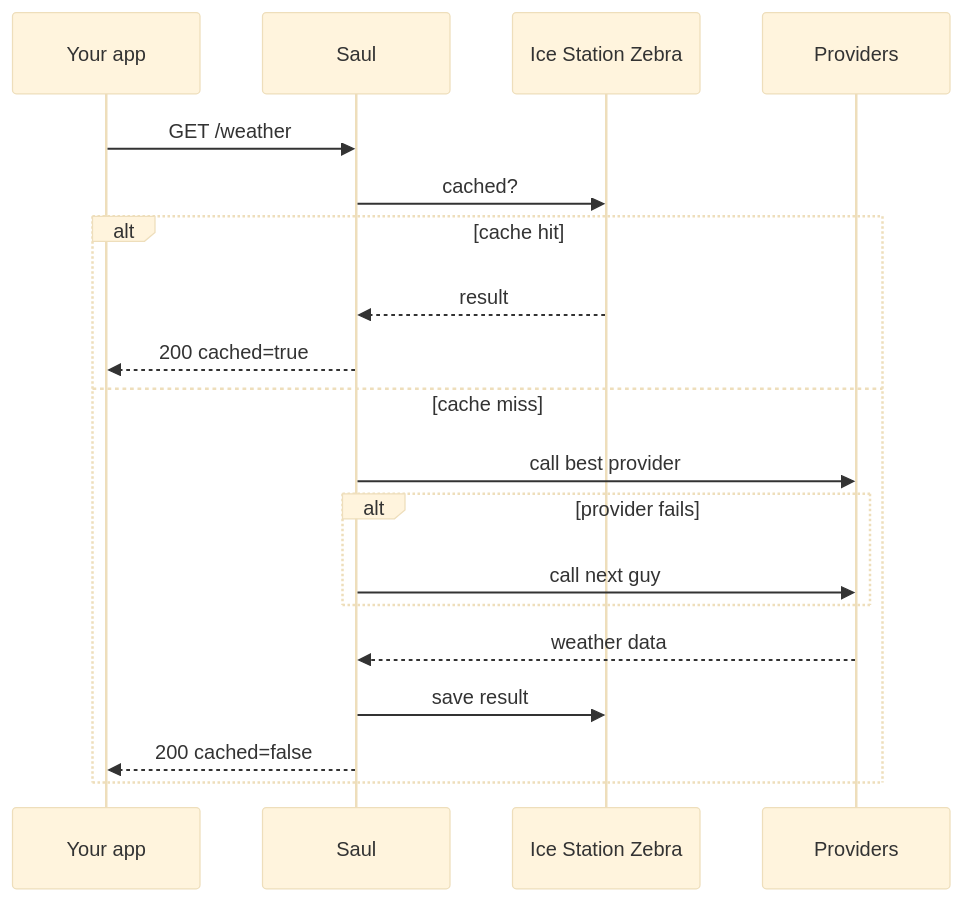
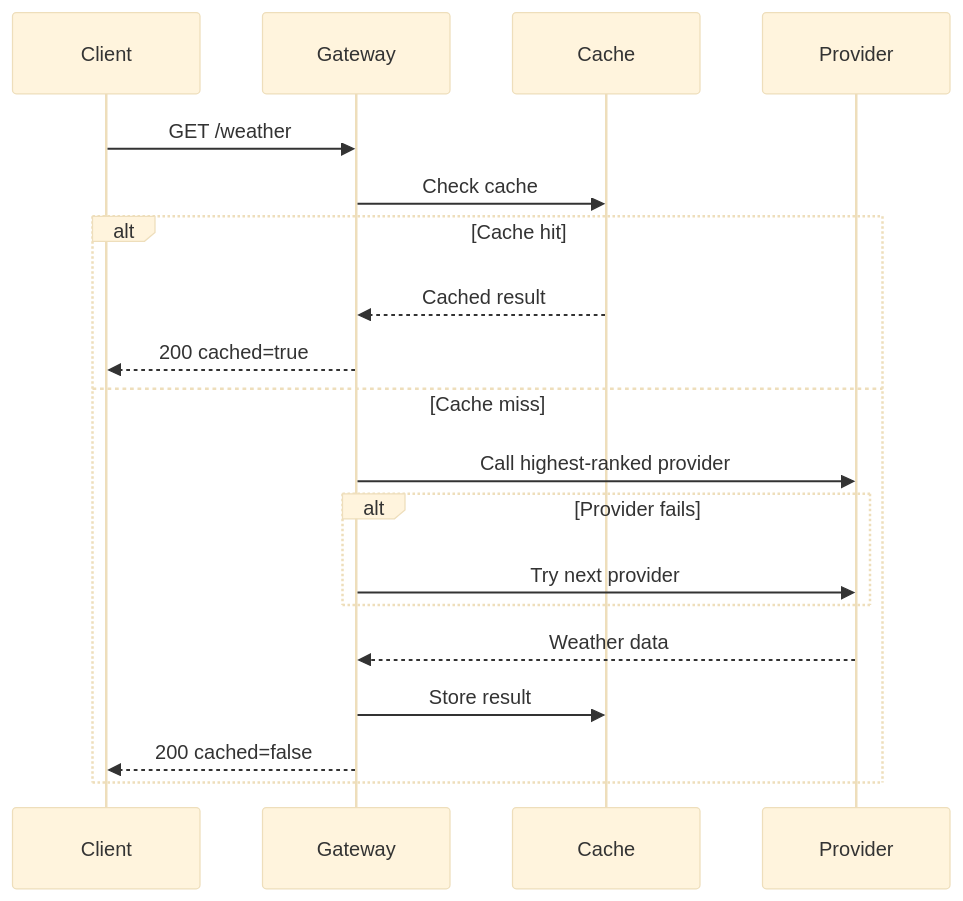
The second of 3 diagrams in README.md (unnobatroo/better-call-saul), drawn with Mermaid (base theme) before and after one commit. The commit also changed other lines of this file, not shown here.

````diff
--- a/README.md
+++ b/README.md
@@ -38,25 +48,25 @@
 ```mermaid
 sequenceDiagram
-    participant App as Your app
-    participant Saul as Saul
-    participant Cache as Ice Station Zebra
-    participant Provider as Providers
+    participant Client
+    participant API as Gateway
+    participant Cache
+    participant Provider
 
-    App->>Saul: GET /weather
-    Saul->>Cache: cached?
+    Client->>API: GET /weather
+    API->>Cache: Check cache
 
-    alt cache hit
-        Cache-->>Saul: result
-        Saul-->>App: 200 cached=true
-    else cache miss
-        Saul->>Provider: call best provider
+    alt Cache hit
+        Cache-->>API: Cached result
+        API-->>Client: 200 cached=true
+    else Cache miss
+        API->>Provider: Call highest-ranked provider
 
-        alt provider fails
-            Saul->>Provider: call next guy
+        alt Provider fails
+            API->>Provider: Try next provider
         end
 
-        Provider-->>Saul: weather data
-        Saul->>Cache: save result
-        Saul-->>App: 200 cached=false
+        Provider-->>API: Weather data
+        API->>Cache: Store result
+        API-->>Client: 200 cached=false
     end
 ```
````
